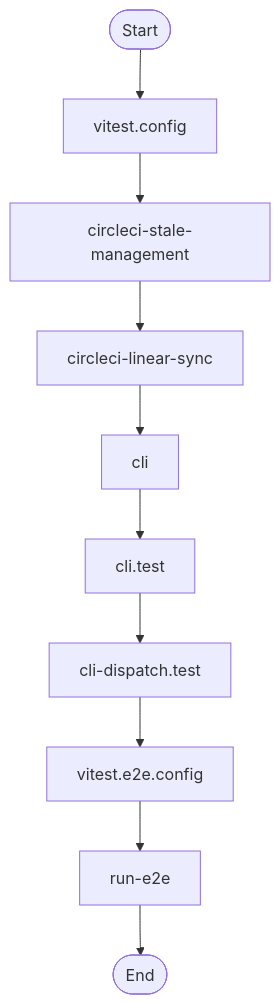
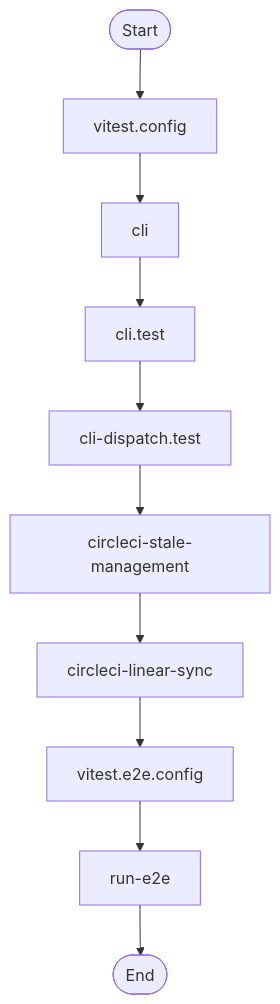
The seventh of 10 diagrams in AI/context/diagram-context.md (jscraik/coding-harness), drawn with Mermaid before and after one commit. The commit also changed other lines of this file and 4 other files, not shown here.

````diff
--- a/AI/context/diagram-context.md
+++ b/AI/context/diagram-context.md
@@ -2111,23 +2114,23 @@
 ```mermaid
 flowchart TD
   Start(["Start"])
   vitest_config_a9f1245e["vitest.config"]
   Start --> vitest_config_a9f1245e
-  circleci_stale_management_664de1d9["circleci-stale-management"]
-  vitest_config_a9f1245e --> circleci_stale_management_664de1d9
-  circleci_linear_sync_19c0d6da["circleci-linear-sync"]
-  circleci_stale_management_664de1d9 --> circleci_linear_sync_19c0d6da
   cli_99bb8840["cli"]
-  circleci_linear_sync_19c0d6da --> cli_99bb8840
+  vitest_config_a9f1245e --> cli_99bb8840
   cli_test_4851f28b["cli.test"]
   cli_99bb8840 --> cli_test_4851f28b
   cli_dispatch_test_54c9f17b["cli-dispatch.test"]
   cli_test_4851f28b --> cli_dispatch_test_54c9f17b
+  circleci_stale_management_664de1d9["circleci-stale-management"]
+  cli_dispatch_test_54c9f17b --> circleci_stale_management_664de1d9
+  circleci_linear_sync_19c0d6da["circleci-linear-sync"]
+  circleci_stale_management_664de1d9 --> circleci_linear_sync_19c0d6da
   vitest_e2e_config_4e2a61bc["vitest.e2e.config"]
-  cli_dispatch_test_54c9f17b --> vitest_e2e_config_4e2a61bc
+  circleci_linear_sync_19c0d6da --> vitest_e2e_config_4e2a61bc
   run_e2e_39efe696["run-e2e"]
   vitest_e2e_config_4e2a61bc --> run_e2e_39efe696
   End(["End"])
   run_e2e_39efe696 --> End
 
 ```
````
